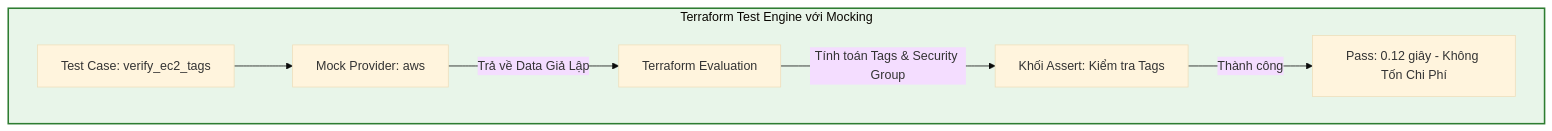
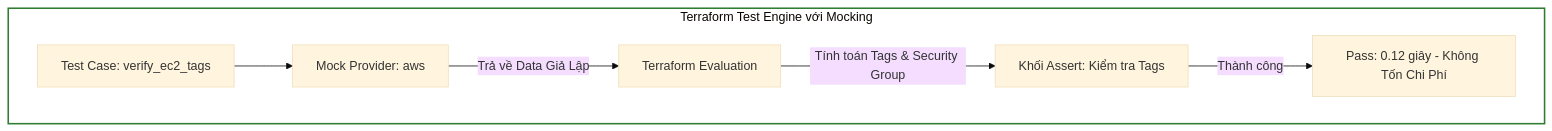
One commit to kiennt308/ntk changed the third of 7 diagrams in _posts/2026-09-13-terraform-21-21-kiem-thu-ha-tang-terraform-test-tflint-trivy-va-validate.md. Above: the diagram before and after it, drawn with Mermaid (base theme). The commit also changed other lines of this file and 207 other files, not shown here.

Commit message:
feat(posts): batch standardize all 208 posts with TL;DR, qa-card accordion, fill:none mermaid, and liquid raw wrappers

````diff
--- a/_posts/2026-09-13-terraform-21-21-kiem-thu-ha-tang-terraform-test-tflint-trivy-va-validate.md
+++ b/_posts/2026-09-13-terraform-21-21-kiem-thu-ha-tang-terraform-test-tflint-trivy-va-validate.md
@@ -153,13 +157,13 @@
 ```mermaid
 flowchart TD
     subgraph Mock_Test_Engine ["Terraform Test Engine với Mocking"]
         TC["Test Case: verify_ec2_tags"] --> MP["Mock Provider: aws"]
         MP -->|Trả về Data Giả Lập| TF["Terraform Evaluation"]
         TF -->|Tính toán Tags & Security Group| ASS["Khối Assert: Kiểm tra Tags"]
         ASS -->|Thành công| OUT["Pass: 0.12 giây - Không Tốn Chi Phí"]
     end
 
-    style Mock_Test_Engine fill:#e8f5e9,stroke:#2e7d32,stroke-width:2px
+    style Mock_Test_Engine fill:none,stroke:#2e7d32,stroke-width:2px
 
 
 ```
````
